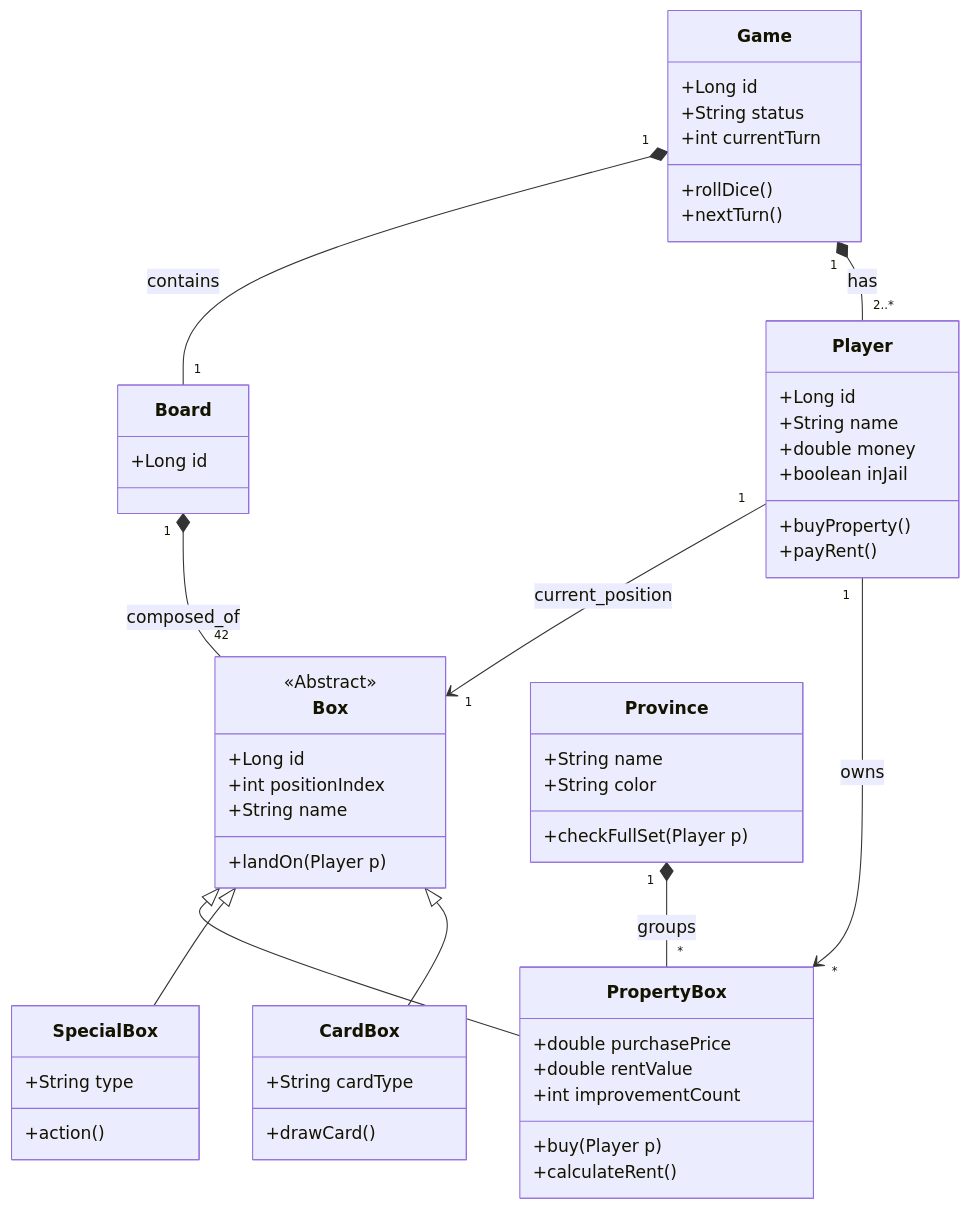
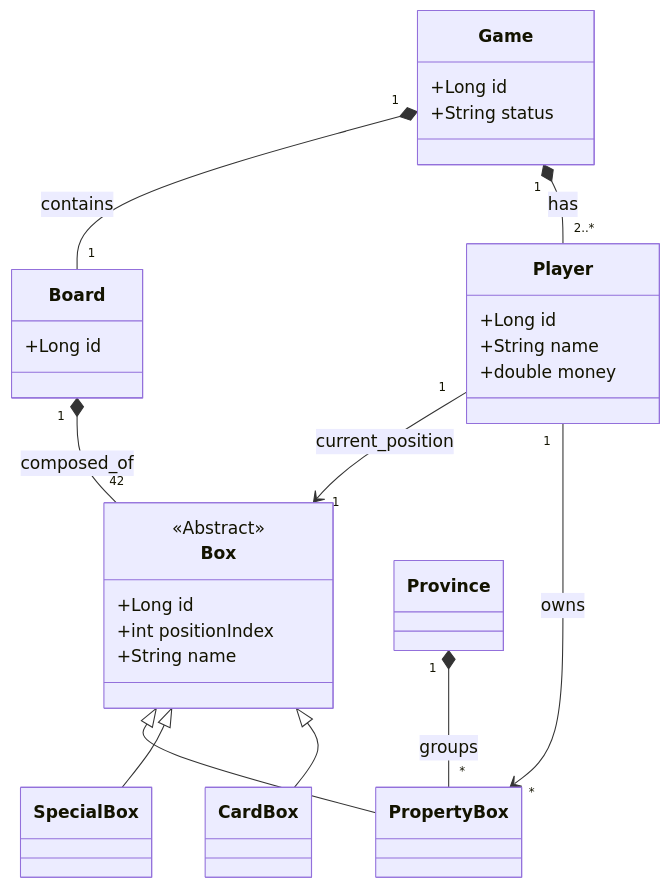
Before and after one commit to Mudo0/Vault: the diagram in 40_Proyectos/Estanciero/Dominio.md, drawn with Mermaid. The commit also changed 1 other file, not shown here.

Commit message:
vault backup: 2026-01-08 18:03:57

````diff
--- a/40_Proyectos/Estanciero/Dominio.md
+++ b/40_Proyectos/Estanciero/Dominio.md
@@ -1,72 +1,60 @@
 ```mermaid
 classDiagram
     %% Relaciones Generales
     Game "1" *-- "1" Board : contains
     Game "1" *-- "2..*" Player : has
     Board "1" *-- "42" Box : composed_of
     
     %% Herencia de Casillas (Boxes)
     Box <|-- PropertyBox
     Box <|-- SpecialBox
     Box <|-- CardBox
 
     %% Relación Jugador - Casilla
     Player "1" --> "1" Box : current_position
     Player "1" --> "*" PropertyBox : owns
 
     %% Agrupación de Propiedades (Provincias/Zonas)
     Province "1" *-- "*" PropertyBox : groups
 
     class Game {
         +Long id
         +String status
-        +int currentTurn
-        +rollDice()
-        +nextTurn()
+      
     }
 
     class Player {
         +Long id
         +String name
         +double money
-        +boolean inJail
-        +buyProperty()
-        +payRent()
+
     }
 
     class Board {
         +Long id
     }
 
     class Box {
         <<Abstract>>
         +Long id
         +int positionIndex
         +String name
-        +landOn(Player p)
+
     }
 
     class PropertyBox {
-        +double purchasePrice
-        +double rentValue
-        +int improvementCount
-        +buy(Player p)
-        +calculateRent()
+
     }
 
     class SpecialBox {
-        +String type
-        +action()
+
     }
 
     class CardBox {
-        +String cardType
-        +drawCard()
+
     }
 
     class Province {
-        +String name
-        +String color
-        +checkFullSet(Player p)
+
     }
 ```
````
